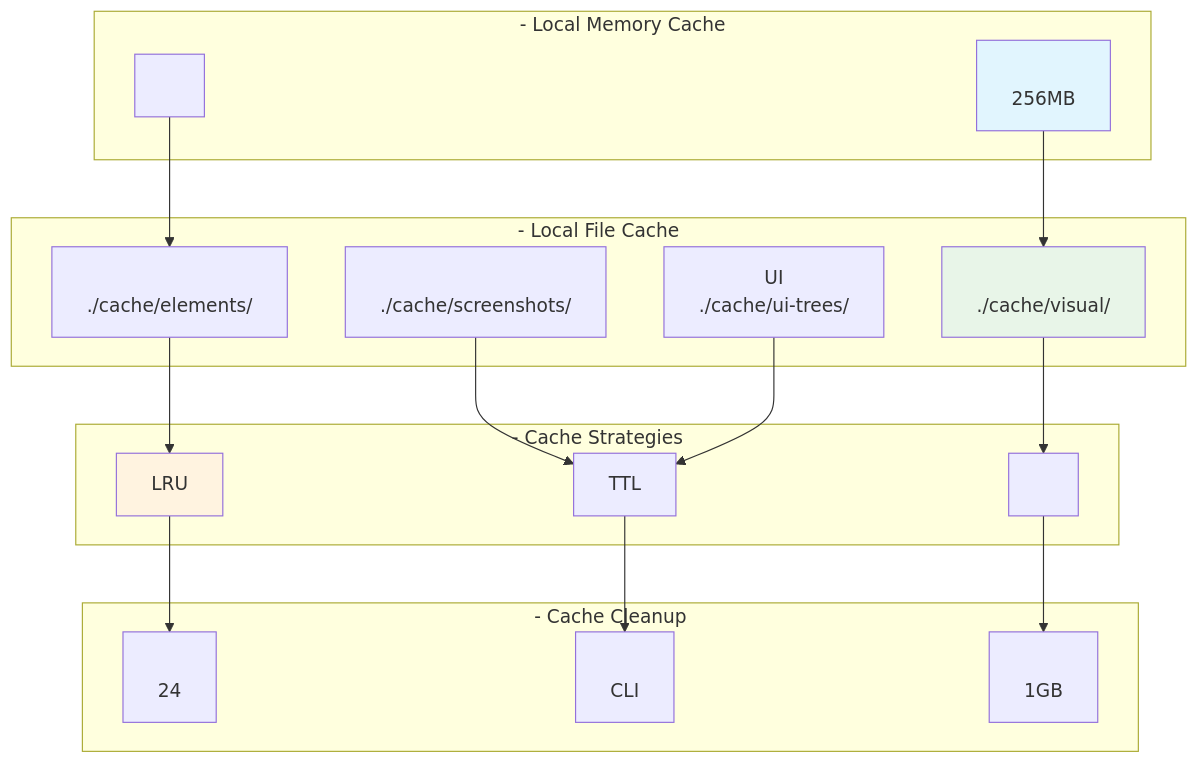
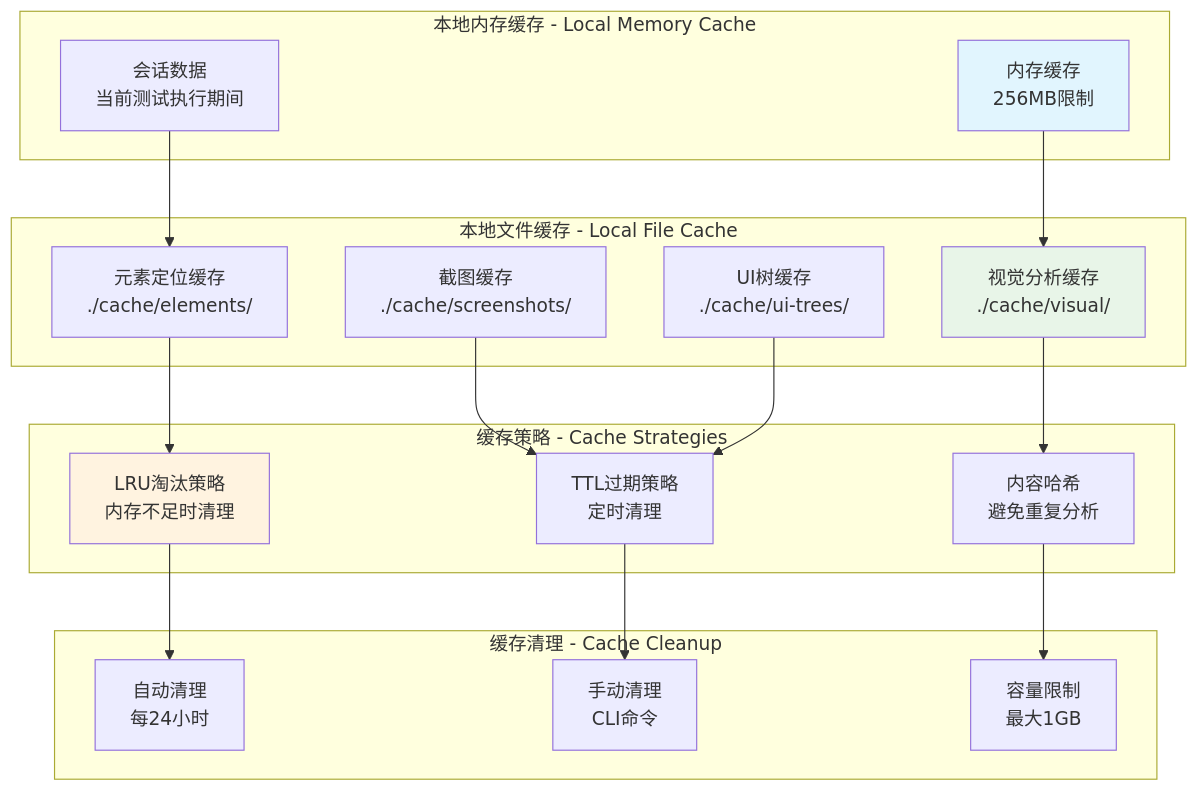
Diagram 14 of 32 in 3.md (zhuozp/AI-UI-), drawn with Mermaid before and after one commit. The commit also changed other lines of this file, not shown here.

````diff
--- a/3.md
+++ b/3.md
@@ -1746,42 +1747,42 @@
 ```mermaid
 graph TB
-subgraph " - Local Memory Cache"
-MemCache[<br/>256MB]
-SessionData[<br/>]
-end
-
-subgraph " - Local File Cache"
-VisualCache[<br/>./cache/visual/]
-ElementCache[<br/>./cache/elements/]
-ScreenCache[<br/>./cache/screenshots/]
-UITreeCache[UI<br/>./cache/ui-trees/]
-end
-
-subgraph " - Cache Strategies"
-LRU[LRU<br/>]
-TTL[TTL<br/>]
-HashKey[<br/>]
-end
-
-subgraph " - Cache Cleanup"
-AutoCleanup[<br/>24]
-ManualCleanup[<br/>CLI]
-SizeLimit[<br/>1GB]
-end
-
-MemCache --> VisualCache
-SessionData --> ElementCache
-
-VisualCache --> HashKey
-ElementCache --> LRU
-ScreenCache --> TTL
-UITreeCache --> TTL
-
-LRU --> AutoCleanup
-TTL --> ManualCleanup
-HashKey --> SizeLimit
-
-style MemCache fill:#e1f5fe
-style VisualCache fill:#e8f5e8
-style LRU fill:#fff3e0
+    subgraph "本地内存缓存 - Local Memory Cache"
+        MemCache[内存缓存<br/>256MB限制]
+        SessionData[会话数据<br/>当前测试执行期间]
+    end
+    
+    subgraph "本地文件缓存 - Local File Cache"
+        VisualCache[视觉分析缓存<br/>./cache/visual/]
+        ElementCache[元素定位缓存<br/>./cache/elements/]
+        ScreenCache[截图缓存<br/>./cache/screenshots/]
+        UITreeCache[UI树缓存<br/>./cache/ui-trees/]
+    end
+    
+    subgraph "缓存策略 - Cache Strategies"
+        LRU[LRU淘汰策略<br/>内存不足时清理]
+        TTL[TTL过期策略<br/>定时清理]
+        HashKey[内容哈希<br/>避免重复分析]
+    end
+    
+    subgraph "缓存清理 - Cache Cleanup"
+        AutoCleanup[自动清理<br/>每24小时]
+        ManualCleanup[手动清理<br/>CLI命令]
+        SizeLimit[容量限制<br/>最大1GB]
+    end
+    
+    MemCache --> VisualCache
+    SessionData --> ElementCache
+    
+    VisualCache --> HashKey
+    ElementCache --> LRU
+    ScreenCache --> TTL
+    UITreeCache --> TTL
+    
+    LRU --> AutoCleanup
+    TTL --> ManualCleanup
+    HashKey --> SizeLimit
+    
+    style MemCache fill:#e1f5fe
+    style VisualCache fill:#e8f5e8
+    style LRU fill:#fff3e0
 ```
````
